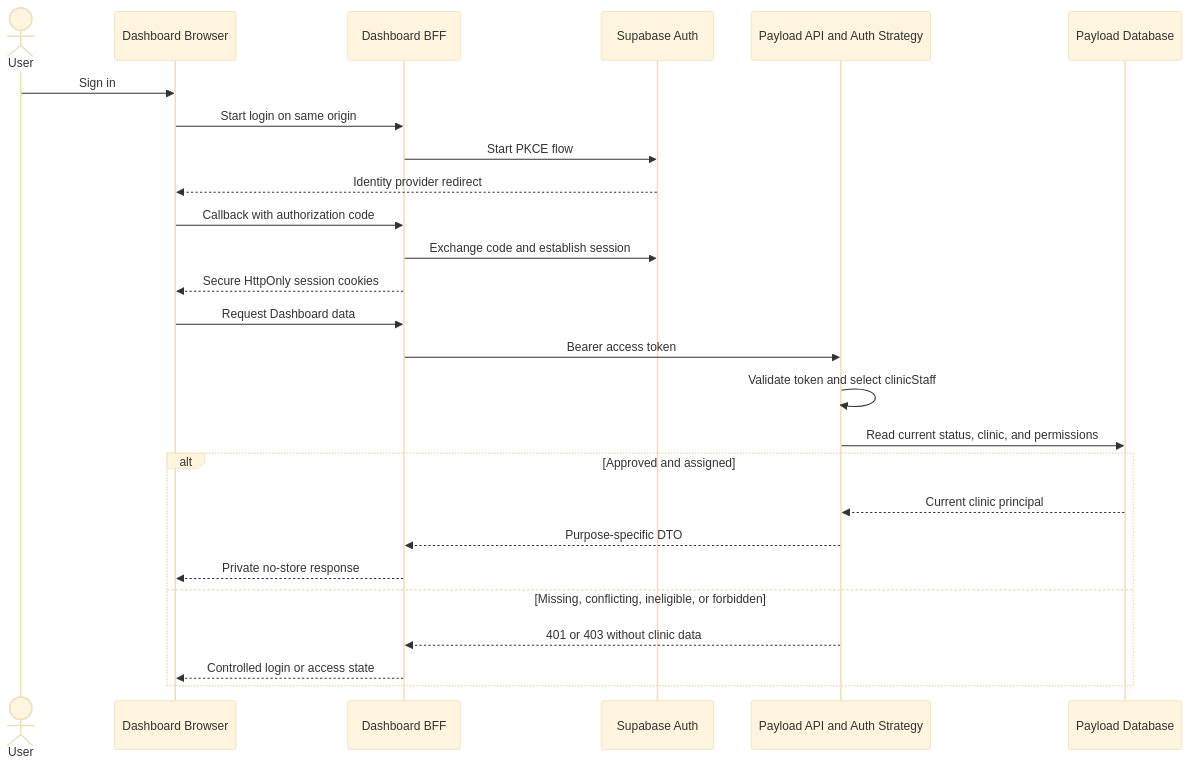
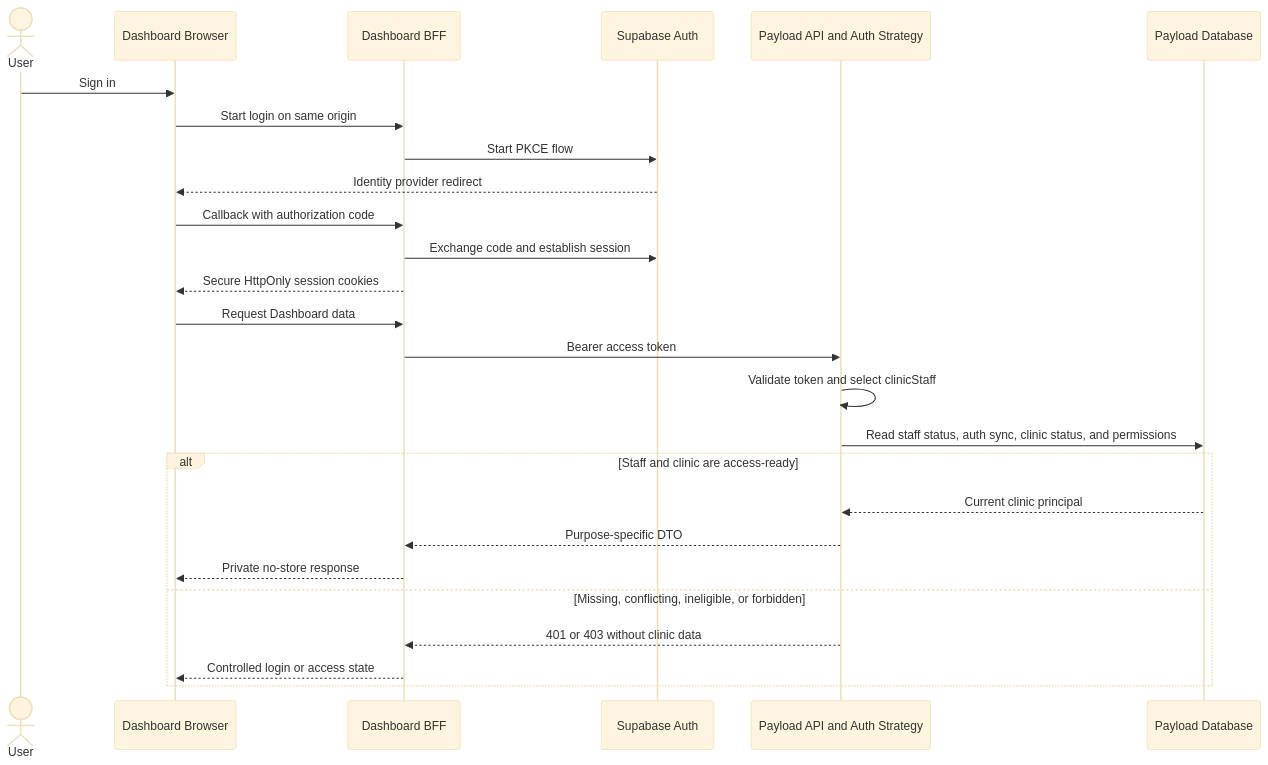
Before and after one commit to findmydoc-platform/website: the second of 4 diagrams in docs/security/auth-flow-diagram.md, drawn with Mermaid (base theme). The commit also changed other lines of this file and 60 other files, not shown here.

````diff
--- a/docs/security/auth-flow-diagram.md
+++ b/docs/security/auth-flow-diagram.md
@@ -5,29 +33,29 @@
 ```mermaid
 sequenceDiagram
     actor User
     participant Browser as Dashboard Browser
     participant BFF as Dashboard BFF
     participant Supabase as Supabase Auth
     participant Payload as Payload API and Auth Strategy
     participant DB as Payload Database
 
     User->>Browser: Sign in
     Browser->>BFF: Start login on same origin
     BFF->>Supabase: Start PKCE flow
     Supabase-->>Browser: Identity provider redirect
     Browser->>BFF: Callback with authorization code
     BFF->>Supabase: Exchange code and establish session
     BFF-->>Browser: Secure HttpOnly session cookies
     Browser->>BFF: Request Dashboard data
     BFF->>Payload: Bearer access token
     Payload->>Payload: Validate token and select clinicStaff
-    Payload->>DB: Read current status, clinic, and permissions
-    alt Approved and assigned
+    Payload->>DB: Read staff status, auth sync, clinic status, and permissions
+    alt Staff and clinic are access-ready
         DB-->>Payload: Current clinic principal
         Payload-->>BFF: Purpose-specific DTO
         BFF-->>Browser: Private no-store response
     else Missing, conflicting, ineligible, or forbidden
         Payload-->>BFF: 401 or 403 without clinic data
         BFF-->>Browser: Controlled login or access state
     end
 ```
````
